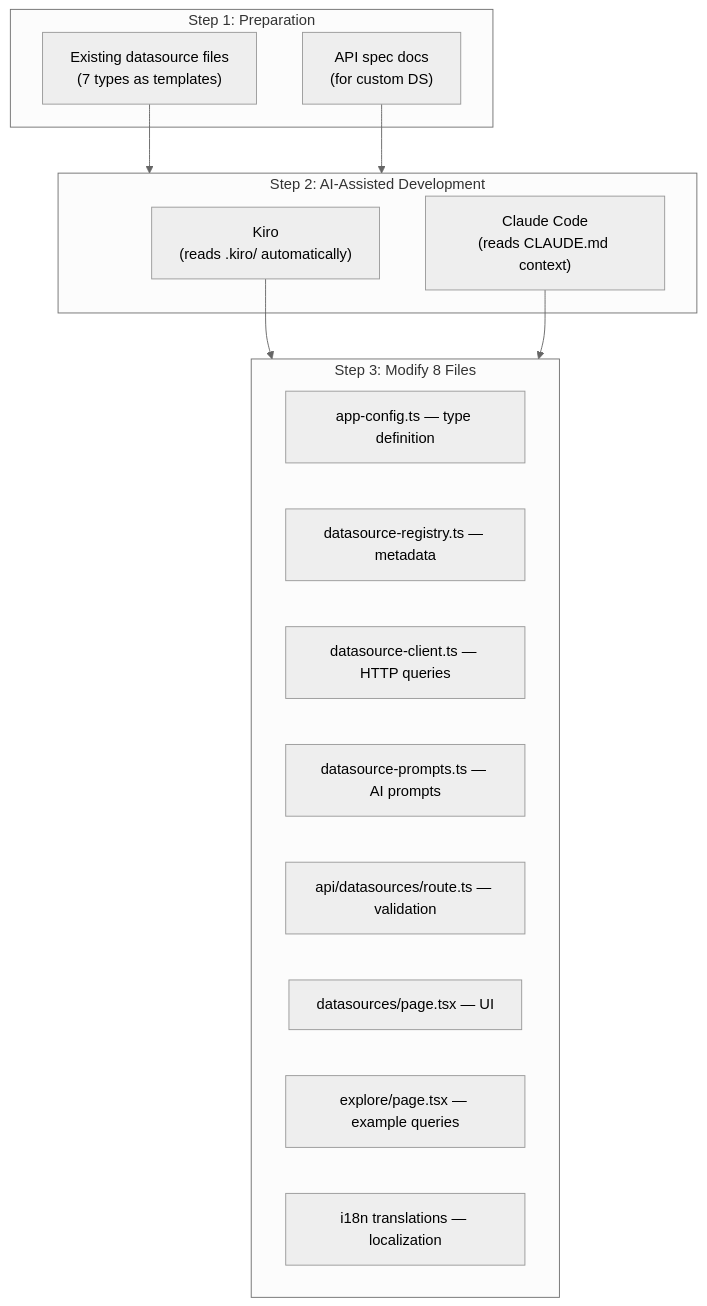
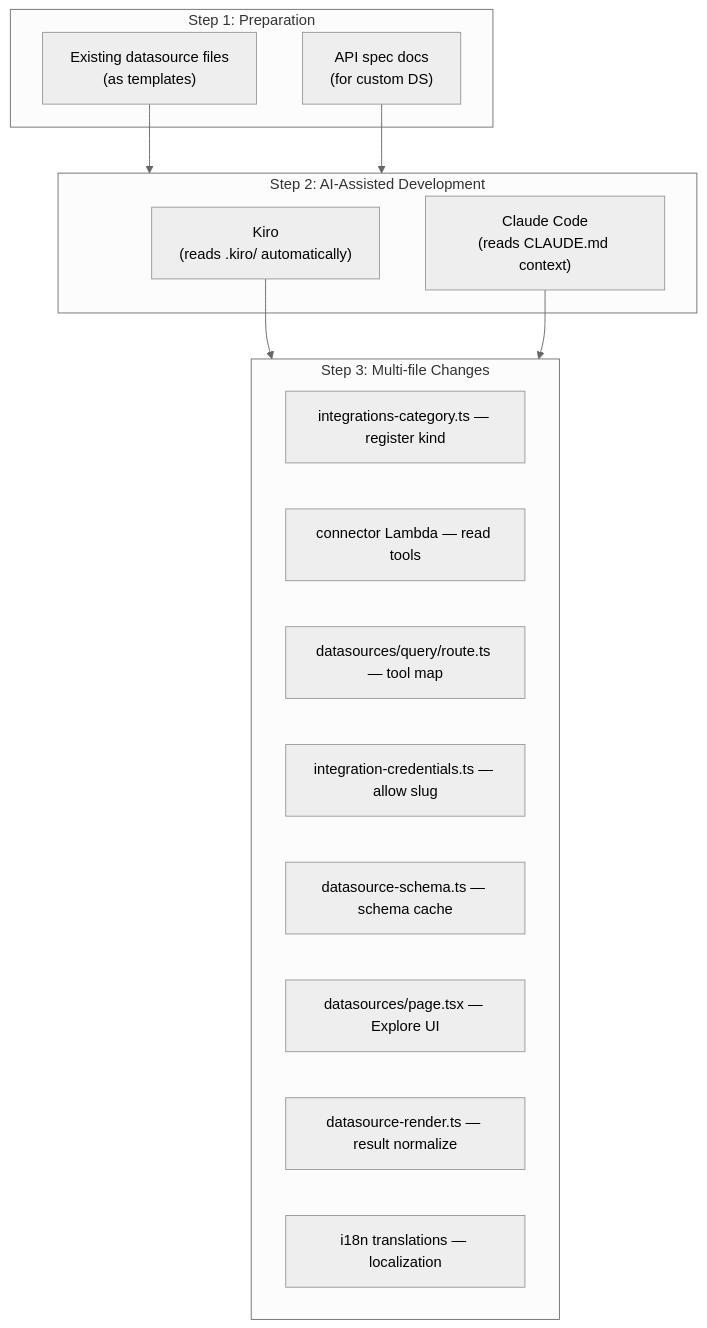
Before and after one commit to Atom-oh/awsops: the diagram in docs-site/i18n/en/docusaurus-plugin-content-docs/current/faq/datasource-development.md, drawn with Mermaid (neutral theme). The commit also changed other lines of this file and 14 other files, not shown here.

````diff
--- a/docs-site/i18n/en/docusaurus-plugin-content-docs/current/faq/datasource-development.md
+++ b/docs-site/i18n/en/docusaurus-plugin-content-docs/current/faq/datasource-development.md
@@ -28,28 +40,28 @@
 ```mermaid
 flowchart TD
   subgraph PREP["Step 1: Preparation"]
-    EXISTING["Existing datasource files<br/>(7 types as templates)"]
+    EXISTING["Existing datasource files<br/>(as templates)"]
     SPEC["API spec docs<br/>(for custom DS)"]
   end
 
   subgraph AI["Step 2: AI-Assisted Development"]
     KIRO["Kiro<br/>(reads .kiro/ automatically)"]
     CC["Claude Code<br/>(reads CLAUDE.md context)"]
   end
 
-  subgraph FILES["Step 3: Modify 8 Files"]
-    F1["app-config.ts — type definition"]
-    F2["datasource-registry.ts — metadata"]
-    F3["datasource-client.ts — HTTP queries"]
-    F4["datasource-prompts.ts — AI prompts"]
-    F5["api/datasources/route.ts — validation"]
-    F6["datasources/page.tsx — UI"]
-    F7["explore/page.tsx — example queries"]
+  subgraph FILES["Step 3: Multi-file Changes"]
+    F1["integrations-category.ts — register kind"]
+    F2["connector Lambda — read tools"]
+    F3["datasources/query/route.ts — tool map"]
+    F4["integration-credentials.ts — allow slug"]
+    F5["datasource-schema.ts — schema cache"]
+    F6["datasources/page.tsx — Explore UI"]
+    F7["datasource-render.ts — result normalize"]
     F8["i18n translations — localization"]
   end
 
   EXISTING --> AI
   SPEC --> AI
   KIRO --> FILES
   CC --> FILES
 ```
````
